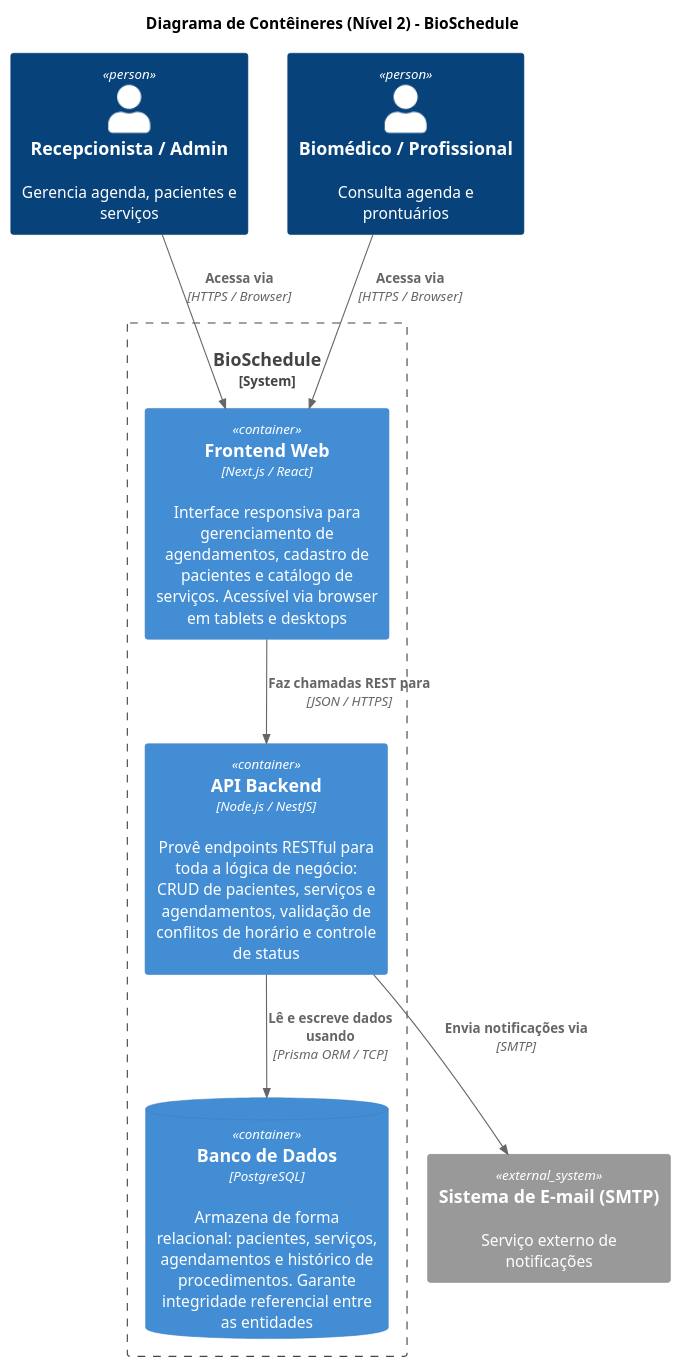
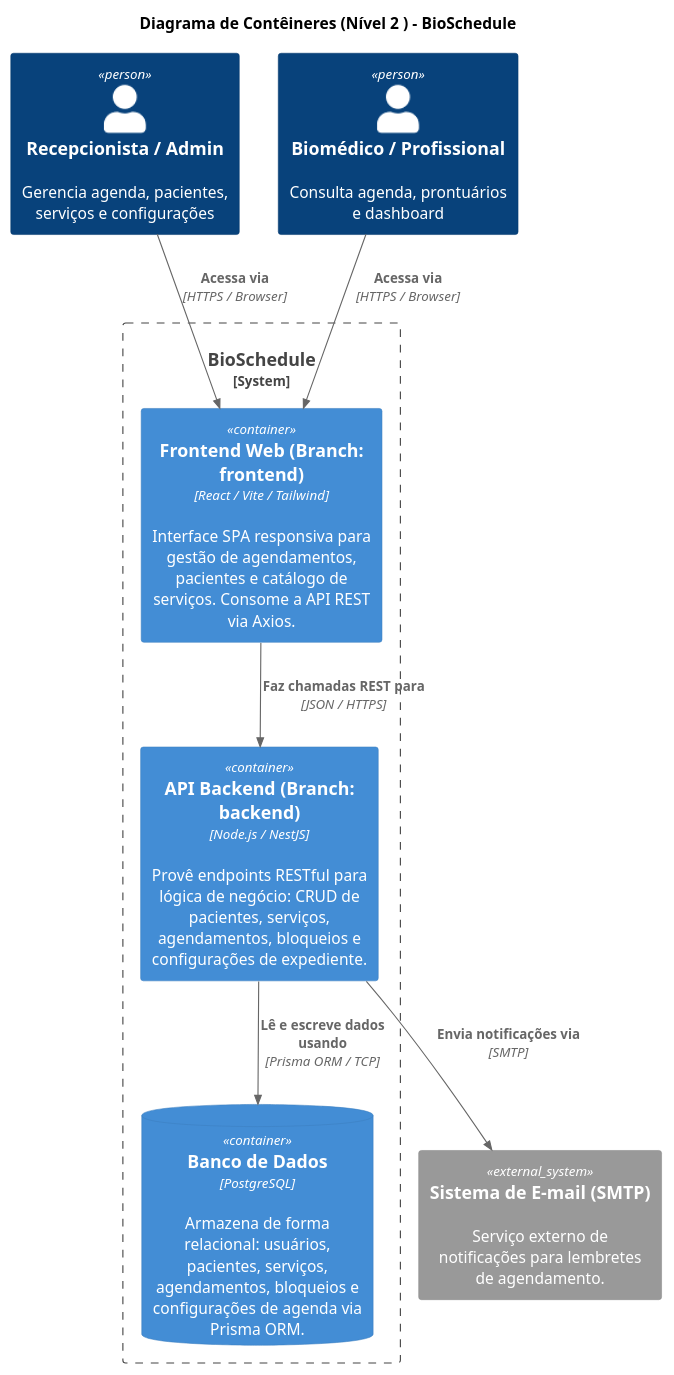
One commit to rique1011/Sistema-de-Gest-o-e-Agendamento-Est-tico changed the diagram in bioschedule_c4_nivel2_containers.puml. Above: the diagram before and after it, drawn with PlantUML.

Commit message:
Update container diagram for BioSchedule

```diff
--- a/bioschedule_c4_nivel2_containers.puml
+++ b/bioschedule_c4_nivel2_containers.puml
@@ -1,30 +1,30 @@
 @startuml C4_Container_BioSchedule
-!include https://raw.githubusercontent.com/RicardoNiepel/C4-PlantUML/master/C4_Container.puml
+!include https://raw.githubusercontent.com/plantuml-stdlib/C4-PlantUML/master/C4_Container.puml
 
-title Diagrama de Contêineres (Nível 2) - BioSchedule
+title Diagrama de Contêineres (Nível 2 ) - BioSchedule
 
-Person(recepcionista, "Recepcionista / Admin", "Gerencia agenda, pacientes e serviços")
-Person(biomedico, "Biomédico / Profissional", "Consulta agenda e prontuários")
+Person(recepcionista, "Recepcionista / Admin", "Gerencia agenda, pacientes, serviços e configurações")
+Person(biomedico, "Biomédico / Profissional", "Consulta agenda, prontuários e dashboard")
 
 System_Boundary(bioschedule, "BioSchedule") {
 
-    Container(frontend, "Frontend Web", "Next.js / React", "Interface responsiva para gerenciamento de agendamentos, cadastro de pacientes e catálogo de serviços. Acessível via browser em tablets e desktops")
+    Container(frontend, "Frontend Web (Branch: frontend)", "React / Vite / Tailwind", "Interface SPA responsiva para gestão de agendamentos, pacientes e catálogo de serviços. Consome a API REST via Axios.")
 
-    Container(backend, "API Backend", "Node.js / NestJS", "Provê endpoints RESTful para toda a lógica de negócio: CRUD de pacientes, serviços e agendamentos, validação de conflitos de horário e controle de status")
+    Container(backend, "API Backend (Branch: backend)", "Node.js / NestJS", "Provê endpoints RESTful para lógica de negócio: CRUD de pacientes, serviços, agendamentos, bloqueios e configurações de expediente.")
 
-    ContainerDb(database, "Banco de Dados", "PostgreSQL", "Armazena de forma relacional: pacientes, serviços, agendamentos e histórico de procedimentos. Garante integridade referencial entre as entidades")
+    ContainerDb(database, "Banco de Dados", "PostgreSQL", "Armazena de forma relacional: usuários, pacientes, serviços, agendamentos, bloqueios e configurações de agenda via Prisma ORM.")
 
 }
 
-System_Ext(email_system, "Sistema de E-mail (SMTP)", "Serviço externo de notificações")
+System_Ext(email_system, "Sistema de E-mail (SMTP)", "Serviço externo de notificações para lembretes de agendamento.")
 
 Rel(recepcionista, frontend, "Acessa via", "HTTPS / Browser")
 Rel(biomedico, frontend, "Acessa via", "HTTPS / Browser")
 
 Rel(frontend, backend, "Faz chamadas REST para", "JSON / HTTPS")
 
 Rel(backend, database, "Lê e escreve dados usando", "Prisma ORM / TCP")
 
 Rel(backend, email_system, "Envia notificações via", "SMTP")
 
 @enduml
```
